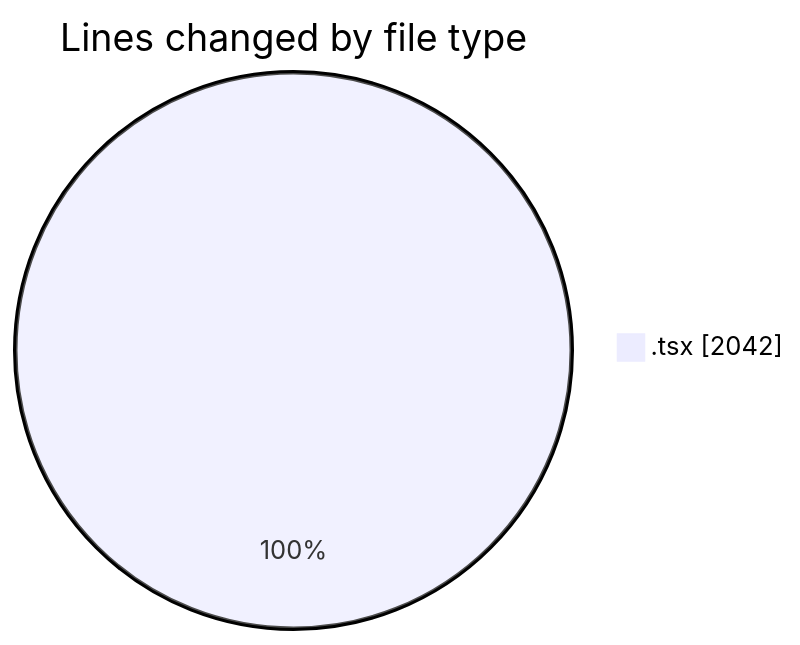
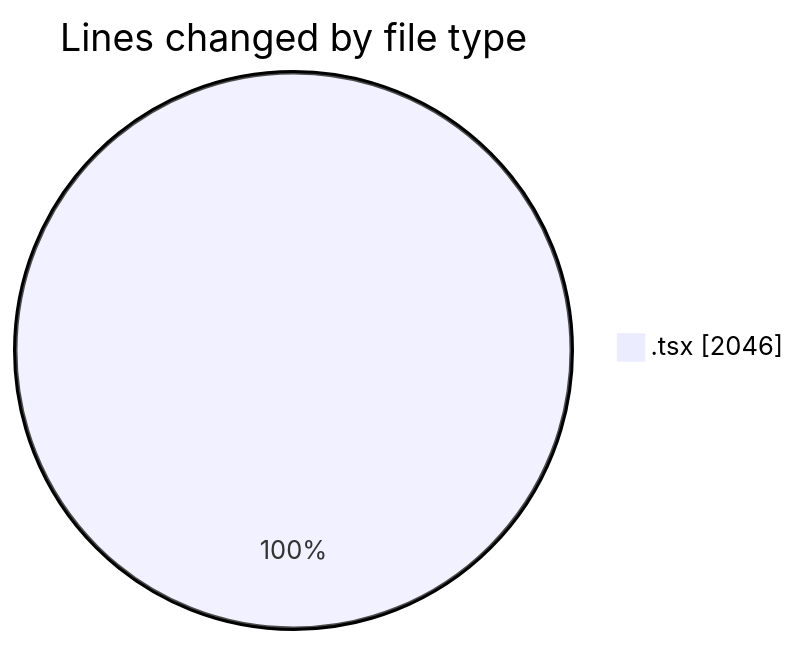
The first of 2 diagrams in 2026-05-08/nxtqube_webapp/README.md (nxtqubesakshisongat/code-tracking), drawn with Mermaid before and after one commit. The commit also changed other lines of this file and 1 other file, not shown here.

````diff
--- a/2026-05-08/nxtqube_webapp/README.md
+++ b/2026-05-08/nxtqube_webapp/README.md
@@ -20,5 +20,5 @@
 ```mermaid
 pie showData
 title Lines changed by file type
-".tsx" : 2042
+".tsx" : 2046
 ```
````
